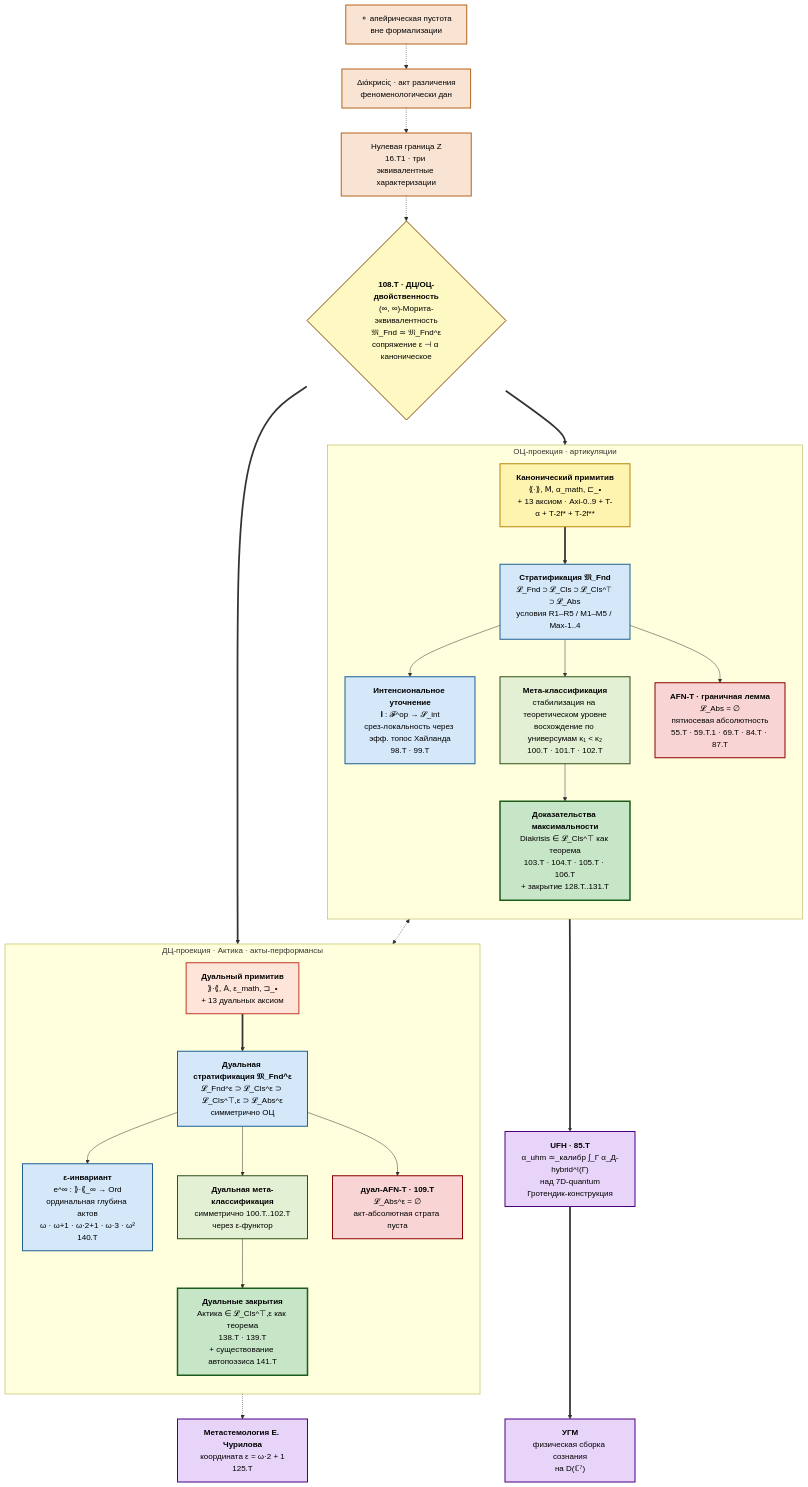
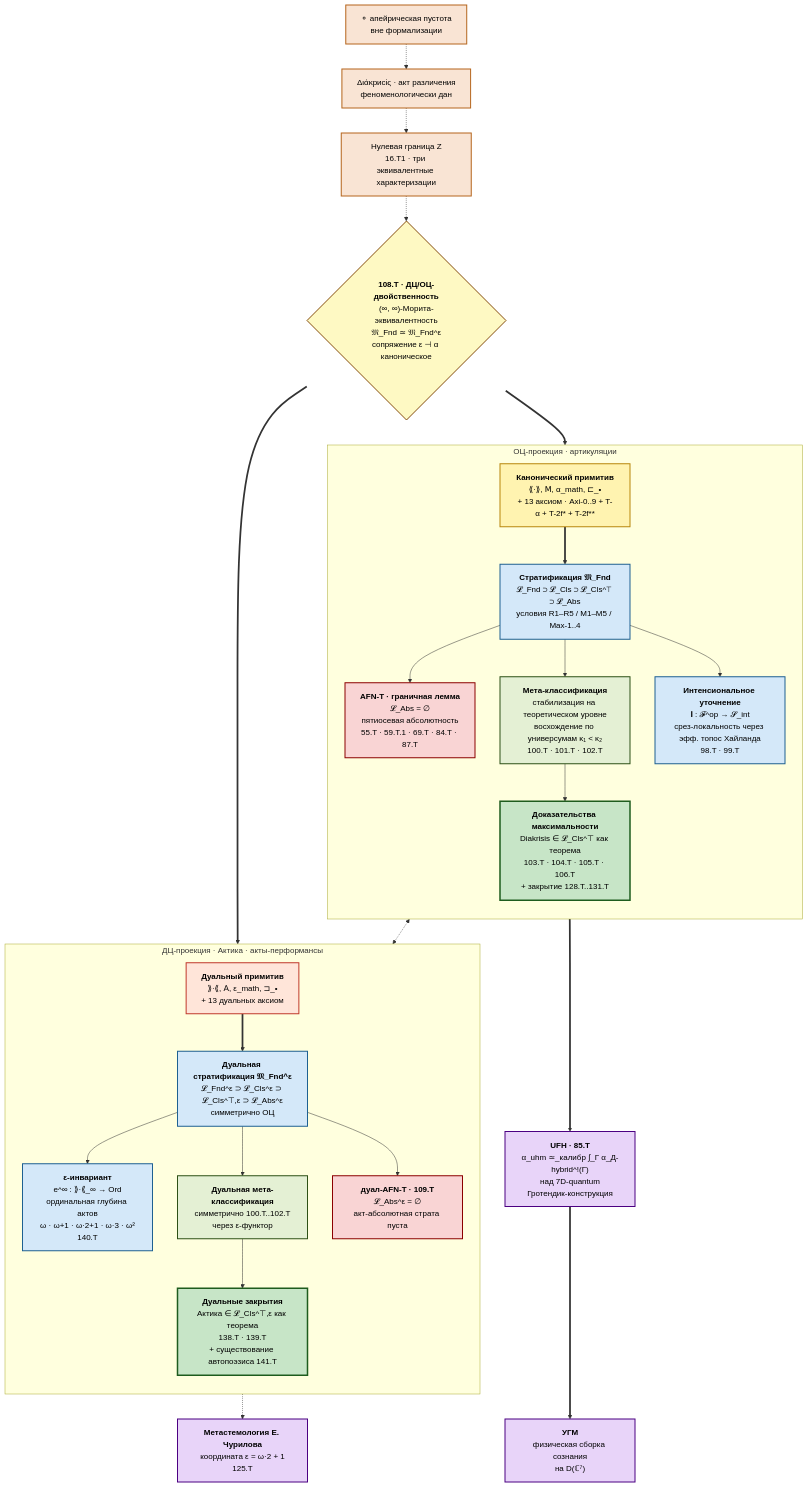
Before and after one commit to gst-st/diakrisis: the first of 7 diagrams in docs/intro.md, drawn with Mermaid. The commit also changed other lines of this file, not shown here.

Commit message:
diakrisis: swap INT_OC and BOUND_OC positions in architecture diagram

````diff
--- a/docs/intro.md
+++ b/docs/intro.md
@@ -19,64 +19,64 @@
 ```mermaid
 flowchart TB
     classDef phen fill:#f9e4d4,stroke:#b5651d,stroke-width:2px,color:#000
     classDef oc fill:#fff3b0,stroke:#b8860b,stroke-width:2px,color:#000
     classDef ac fill:#ffe5d9,stroke:#c0392b,stroke-width:2px,color:#000
     classDef struct fill:#d4e8f9,stroke:#1e6091,stroke-width:2px,color:#000
     classDef meta fill:#e4f0d4,stroke:#2d5016,stroke-width:2px,color:#000
     classDef max fill:#c7e5c7,stroke:#1e5c1e,stroke-width:3px,color:#000
     classDef bound fill:#f9d4d4,stroke:#8b0000,stroke-width:2px,color:#000
     classDef asm fill:#e8d4f9,stroke:#4b0082,stroke-width:2px,color:#000
     classDef bridge fill:#fef9c3,stroke:#854d0e,stroke-width:2px,color:#000
 
     APEIRON["⚬ апейрическая пустота<br/>вне формализации"]:::phen
     DIAKRISIS["Διάκрисіς · акт различения<br/>феноменологически дан"]:::phen
     Z["Нулевая граница Z<br/>16.T1 · три эквивалентные характеризации"]:::phen
 
     subgraph OC ["ОЦ-проекция · артикуляции"]
         direction TB
         PRIM_OC["<b>Канонический примитив</b><br/>⟪·⟫, 𝖬, α_math, ⊏_•<br/>+ 13 аксиом · Axi-0..9 + T-α + T-2f* + T-2f**"]:::oc
         STRAT_OC["<b>Стратификация 𝔐_Fnd</b><br/>𝓛_Fnd ⊃ 𝓛_Cls ⊃ 𝓛_Cls^⊤ ⊃ 𝓛_Abs<br/>условия R1–R5 / M1–M5 / Max-1..4"]:::struct
-        INT_OC["<b>Интенсиональное уточнение</b><br/>𝐈 : 𝓕^op → 𝓢_int<br/>срез-локальность через эфф. топос Хайланда<br/>98.T · 99.T"]:::struct
+        BOUND_OC["<b>AFN-T · граничная лемма</b><br/>𝓛_Abs = ∅<br/>пятиосевая абсолютность<br/>55.T · 59.T.1 · 69.T · 84.T · 87.T"]:::bound
         META_OC["<b>Мета-классификация</b><br/>стабилизация на теоретическом уровне<br/>восхождение по универсумам κ₁ &lt; κ₂<br/>100.T · 101.T · 102.T"]:::meta
         MAX_OC["<b>Доказательства максимальности</b><br/>Diakrisis ∈ 𝓛_Cls^⊤ как теорема<br/>103.T · 104.T · 105.T · 106.T<br/>+ закрытие 128.T..131.T"]:::max
-        BOUND_OC["<b>AFN-T · граничная лемма</b><br/>𝓛_Abs = ∅<br/>пятиосевая абсолютность<br/>55.T · 59.T.1 · 69.T · 84.T · 87.T"]:::bound
+        INT_OC["<b>Интенсиональное уточнение</b><br/>𝐈 : 𝓕^op → 𝓢_int<br/>срез-локальность через эфф. топос Хайланда<br/>98.T · 99.T"]:::struct
     end
 
     subgraph AC ["ДЦ-проекция · Актика · акты-перформансы"]
         direction TB
         PRIM_AC["<b>Дуальный примитив</b><br/>⟫·⟪, 𝖠, ε_math, ⊐_•<br/>+ 13 дуальных аксиом"]:::ac
         STRAT_AC["<b>Дуальная стратификация 𝔐_Fnd^ε</b><br/>𝓛_Fnd^ε ⊃ 𝓛_Cls^ε ⊃ 𝓛_Cls^⊤,ε ⊃ 𝓛_Abs^ε<br/>симметрично ОЦ"]:::struct
         EPS["<b>ε-инвариант</b><br/>e^∞ : ⟫·⟪_∞ → Ord<br/>ординальная глубина актов<br/>ω · ω+1 · ω·2+1 · ω·3 · ω²<br/>140.T"]:::struct
         META_AC["<b>Дуальная мета-классификация</b><br/>симметрично 100.T..102.T<br/>через ε-функтор"]:::meta
         MAX_AC["<b>Дуальные закрытия</b><br/>Актика ∈ 𝓛_Cls^⊤,ε как теорема<br/>138.T · 139.T<br/>+ существование автопоэзиса 141.T"]:::max
         BOUND_AC["<b>дуал-AFN-T · 109.T</b><br/>𝓛_Abs^ε = ∅<br/>акт-абсолютная страта пуста"]:::bound
     end
 
     DUALITY{"<b>108.T · ДЦ/ОЦ-двойственность</b><br/>(∞, ∞)-Морита-эквивалентность<br/>𝔐_Fnd ≃ 𝔐_Fnd^ε<br/>сопряжение ε ⊣ α каноническое"}:::bridge
 
     UFH["<b>UFH · 85.T</b><br/>α_uhm ≃_калибр ∫_Γ α_Д-hybrid^!(Γ)<br/>над 7D-quantum<br/>Гротендик-конструкция"]:::asm
     UHM["<b>УГМ</b><br/>физическая сборка сознания<br/>на D(ℂ⁷)"]:::asm
     METASTEM["<b>Метастемология Е. Чурилова</b><br/>координата ε = ω·2 + 1<br/>125.T"]:::asm
 
     APEIRON -.-> DIAKRISIS -.-> Z -.-> DUALITY
 
     PRIM_OC ==> STRAT_OC
-    STRAT_OC --> INT_OC
+    STRAT_OC --> BOUND_OC
     STRAT_OC --> META_OC
     META_OC --> MAX_OC
-    STRAT_OC --> BOUND_OC
+    STRAT_OC --> INT_OC
 
     PRIM_AC ==> STRAT_AC
     STRAT_AC --> EPS
     STRAT_AC --> META_AC
     META_AC --> MAX_AC
     STRAT_AC --> BOUND_AC
 
     DUALITY ==> PRIM_OC
     DUALITY ==> PRIM_AC
     BOUND_OC <-.-> BOUND_AC
 
     STRAT_OC ==> UFH
     UFH ==> UHM
     STRAT_AC -.-> METASTEM
 ```
````
